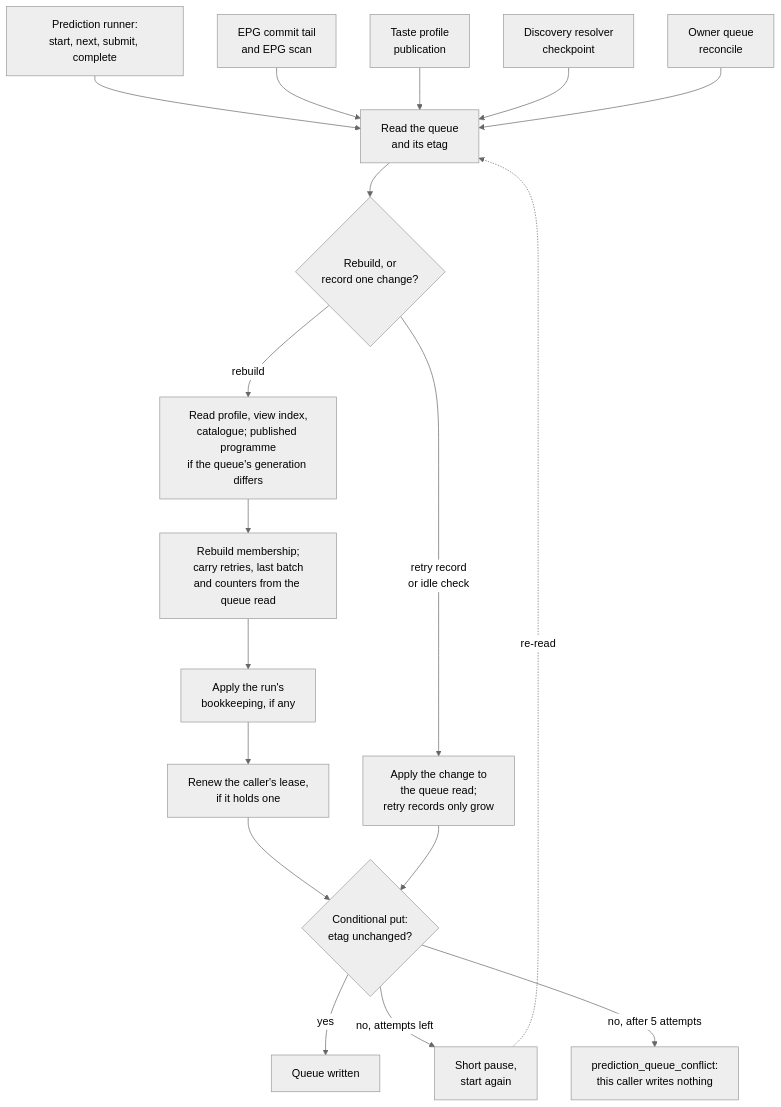
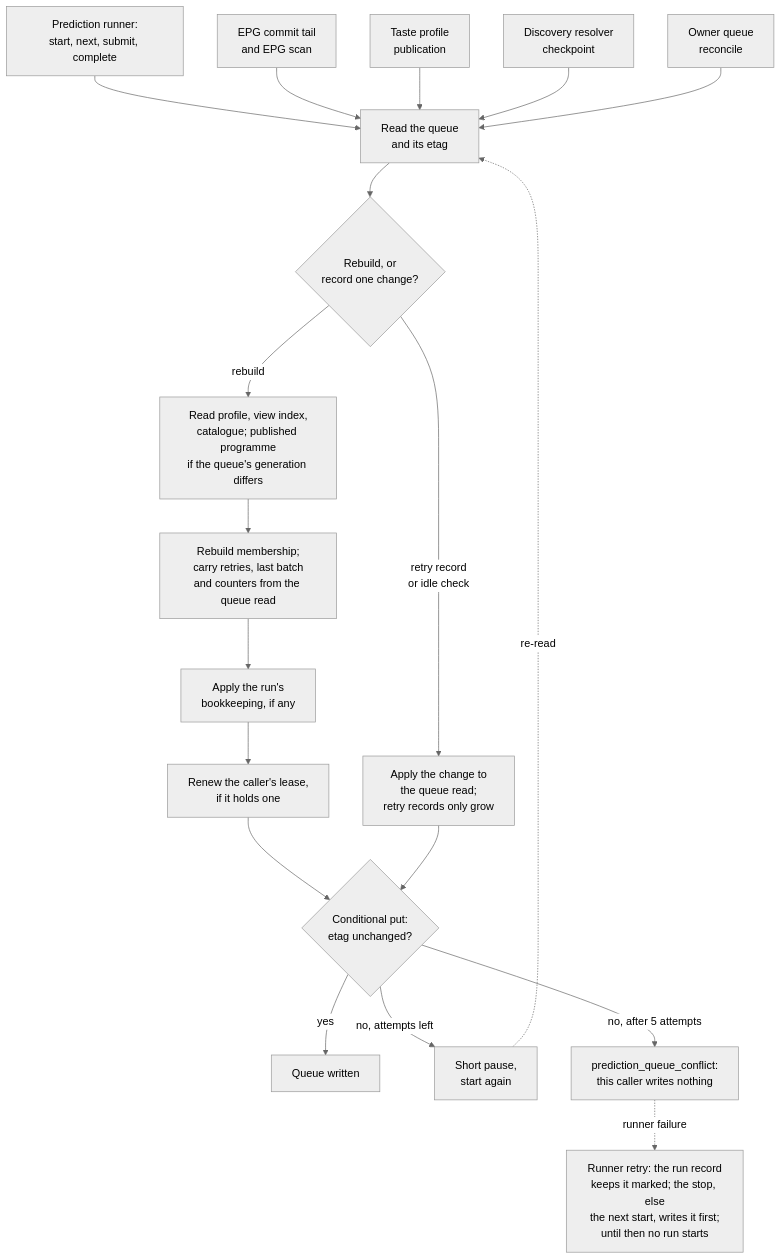
Before and after one commit to vladimino/iptv-watchlist: the second of 2 diagrams in docs/architecture/prediction-pipeline.md, drawn with Mermaid (neutral theme). The commit also changed other lines of this file and 6 other files, not shown here.

Commit message:
Document the fail-closed retry write: ADR 0062 decision 9, start gate in the runner diagram, reference, runbook, Scheduled Task note and race evidence

````diff
--- a/docs/architecture/prediction-pipeline.md
+++ b/docs/architecture/prediction-pipeline.md
@@ -53,36 +57,38 @@
 ```mermaid
 flowchart TD
     runner["Prediction runner:<br/>start, next, submit, complete"]
     epg["EPG commit tail<br/>and EPG scan"]
     profile["Taste profile<br/>publication"]
     resolver["Discovery resolver<br/>checkpoint"]
     reconcile["Owner queue<br/>reconcile"]
     read["Read the queue<br/>and its etag"]
     kind{"Rebuild, or<br/>record one change?"}
     inputs["Read profile, view index,<br/>catalogue; published programme<br/>if the queue's generation differs"]
     build["Rebuild membership;<br/>carry retries, last batch<br/>and counters from the queue read"]
     amend["Apply the run's<br/>bookkeeping, if any"]
     change["Apply the change to<br/>the queue read;<br/>retry records only grow"]
     fence["Renew the caller's lease,<br/>if it holds one"]
     put{"Conditional put:<br/>etag unchanged?"}
     done["Queue written"]
     again["Short pause,<br/>start again"]
     conflict["prediction_queue_conflict:<br/>this caller writes nothing"]
+    marked["Runner retry: the run record<br/>keeps it marked; the stop, else<br/>the next start, writes it first;<br/>until then no run starts"]
     runner --> read
     epg --> read
     profile --> read
     resolver --> read
     reconcile --> read
     read --> kind
     kind -->|rebuild| inputs
     inputs --> build
     build --> amend
     amend --> fence
     fence --> put
     kind -->|retry record<br/>or idle check| change
     change --> put
     put -->|yes| done
     put -->|no, attempts left| again
     again -.->|re-read| read
     put -->|no, after 5 attempts| conflict
+    conflict -.->|runner failure| marked
 ```
````
